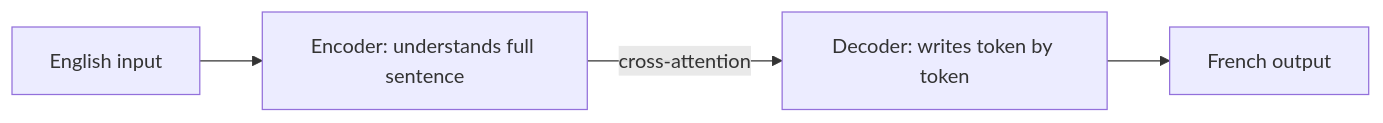
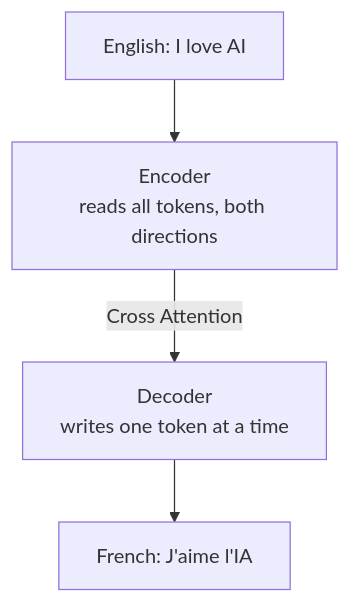
The second of 3 diagrams in notes/step-03-generative-ai-and-the-transformer-architecture/053-encoder-vs-decoder-in-transformers.md (kaisarnajar/outcome-school-blogs), drawn with Mermaid before and after one commit. The commit also changed other lines of this file and 233 other files, not shown here.

````diff
--- a/notes/step-03-generative-ai-and-the-transformer-architecture/053-encoder-vs-decoder-in-transformers.md
+++ b/notes/step-03-generative-ai-and-the-transformer-architecture/053-encoder-vs-decoder-in-transformers.md
@@ -36,6 +61,6 @@
 ```mermaid
-flowchart LR
-    A["English input"] --> B["Encoder: understands full sentence"]
-    B -->|"cross-attention"| C["Decoder: writes token by token"]
-    C --> D["French output"]
+flowchart TD
+    I1["English: I love AI"] --> I2["Encoder<br/>reads all tokens, both directions"]
+    I2 -->|"Cross Attention"| I3["Decoder<br/>writes one token at a time"]
+    I3 --> I4["French: J'aime l'IA"]
 ```
````
